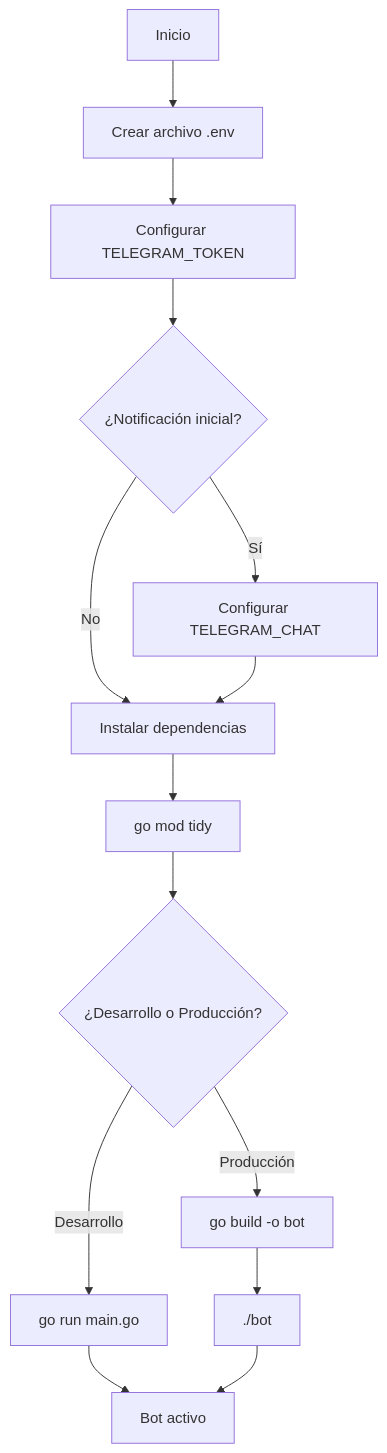
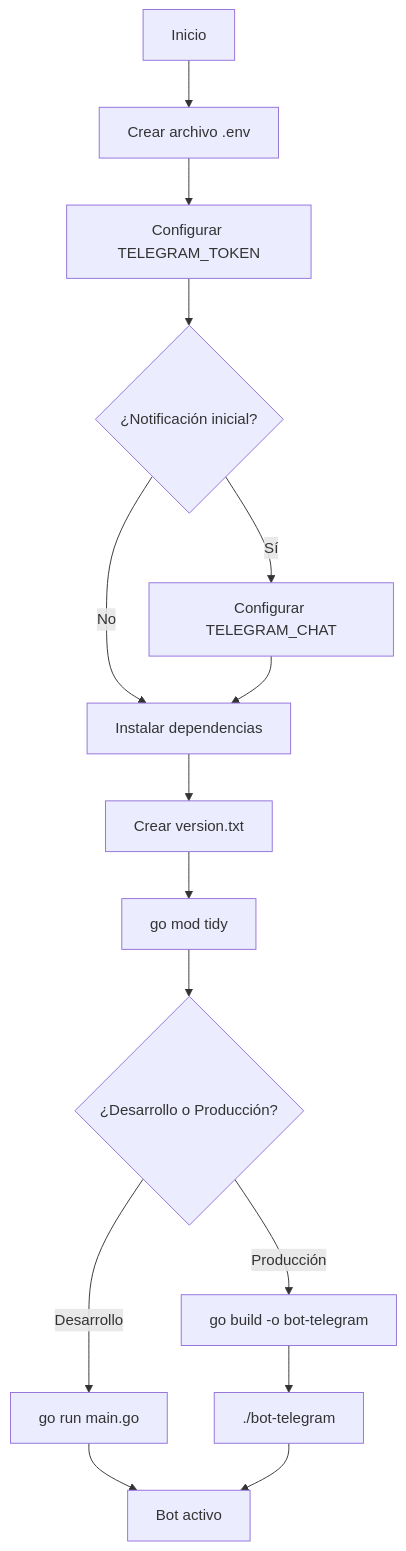
Before and after one commit to MartinCiro/telegram_go: the first of 3 diagrams in README.md, drawn with Mermaid. The commit also changed other lines of this file and 9 other files, not shown here.

````diff
--- a/README.md
+++ b/README.md
@@ -171,16 +274,17 @@
 ```mermaid
 graph TD
     A[Inicio] --> B[Crear archivo .env]
     B --> C[Configurar TELEGRAM_TOKEN]
     C --> D{¿Notificación inicial?}
     D -->|Sí| E[Configurar TELEGRAM_CHAT]
     D -->|No| F[Instalar dependencias]
     E --> F
-    F --> G[go mod tidy]
-    G --> H{¿Desarrollo o Producción?}
-    H -->|Desarrollo| I[go run main.go]
-    H -->|Producción| J[go build -o bot]
-    J --> K[./bot]
-    I --> L[Bot activo]
-    K --> L
+    F --> G[Crear version.txt]
+    G --> H[go mod tidy]
+    H --> I{¿Desarrollo o Producción?}
+    I -->|Desarrollo| J[go run main.go]
+    I -->|Producción| K[go build -o bot-telegram]
+    K --> L[./bot-telegram]
+    J --> M[Bot activo]
+    L --> M
 ```
````
